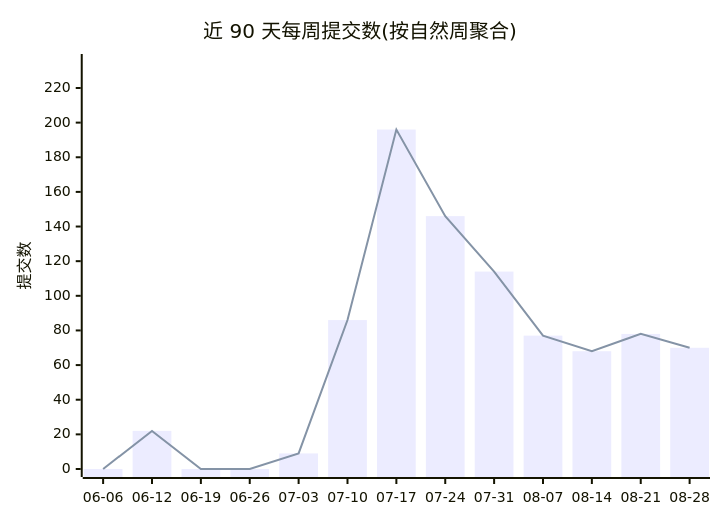
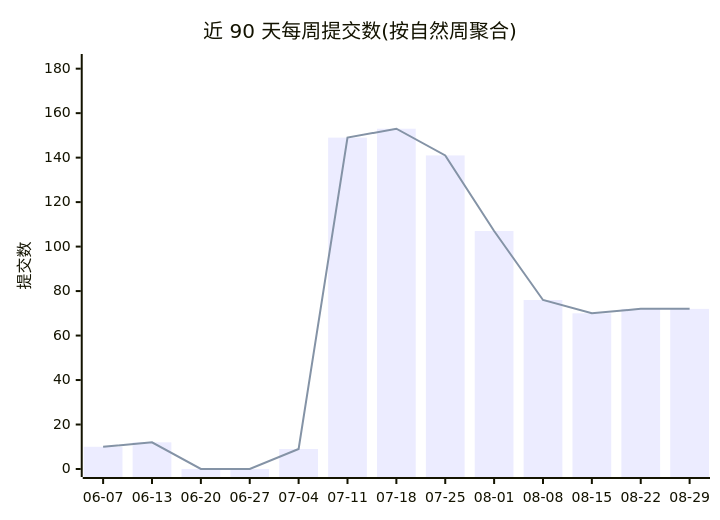
One commit to Conflux-Union/.github changed the first of 2 diagrams in profile/README.md. Above: the diagram before and after it, drawn with Mermaid. The commit also changed other lines of this file and 1 other file, not shown here.

````diff
--- a/profile/README.md
+++ b/profile/README.md
@@ -44,8 +44,8 @@
 ```mermaid
 xychart-beta
     title "近 90 天每周提交数(按自然周聚合)"
-    x-axis ["06-06", "06-12", "06-19", "06-26", "07-03", "07-10", "07-17", "07-24", "07-31", "08-07", "08-14", "08-21", "08-28"]
-    y-axis "提交数" 0 --> 235
-    bar [0, 22, 0, 0, 9, 86, 196, 146, 114, 77, 68, 78, 70]
-    line [0, 22, 0, 0, 9, 86, 196, 146, 114, 77, 68, 78, 70]
+    x-axis ["06-07", "06-13", "06-20", "06-27", "07-04", "07-11", "07-18", "07-25", "08-01", "08-08", "08-15", "08-22", "08-29"]
+    y-axis "提交数" 0 --> 183
+    bar [10, 12, 0, 0, 9, 149, 153, 141, 107, 76, 70, 72, 72]
+    line [10, 12, 0, 0, 9, 149, 153, 141, 107, 76, 70, 72, 72]
 ```
````
